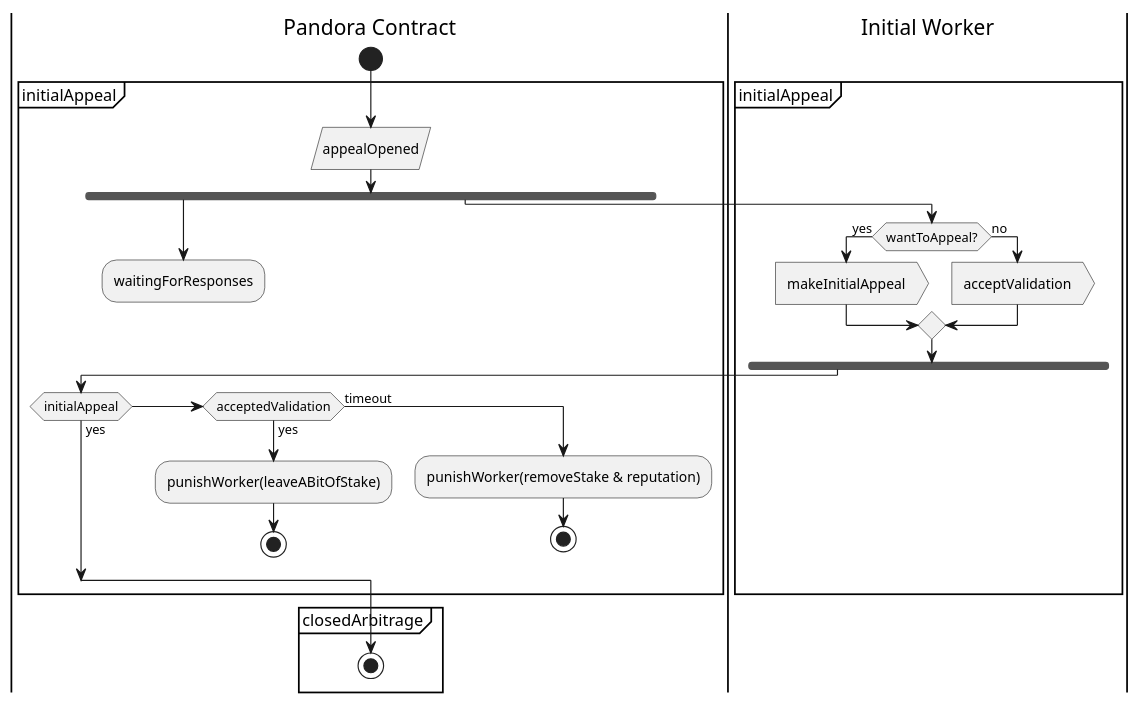
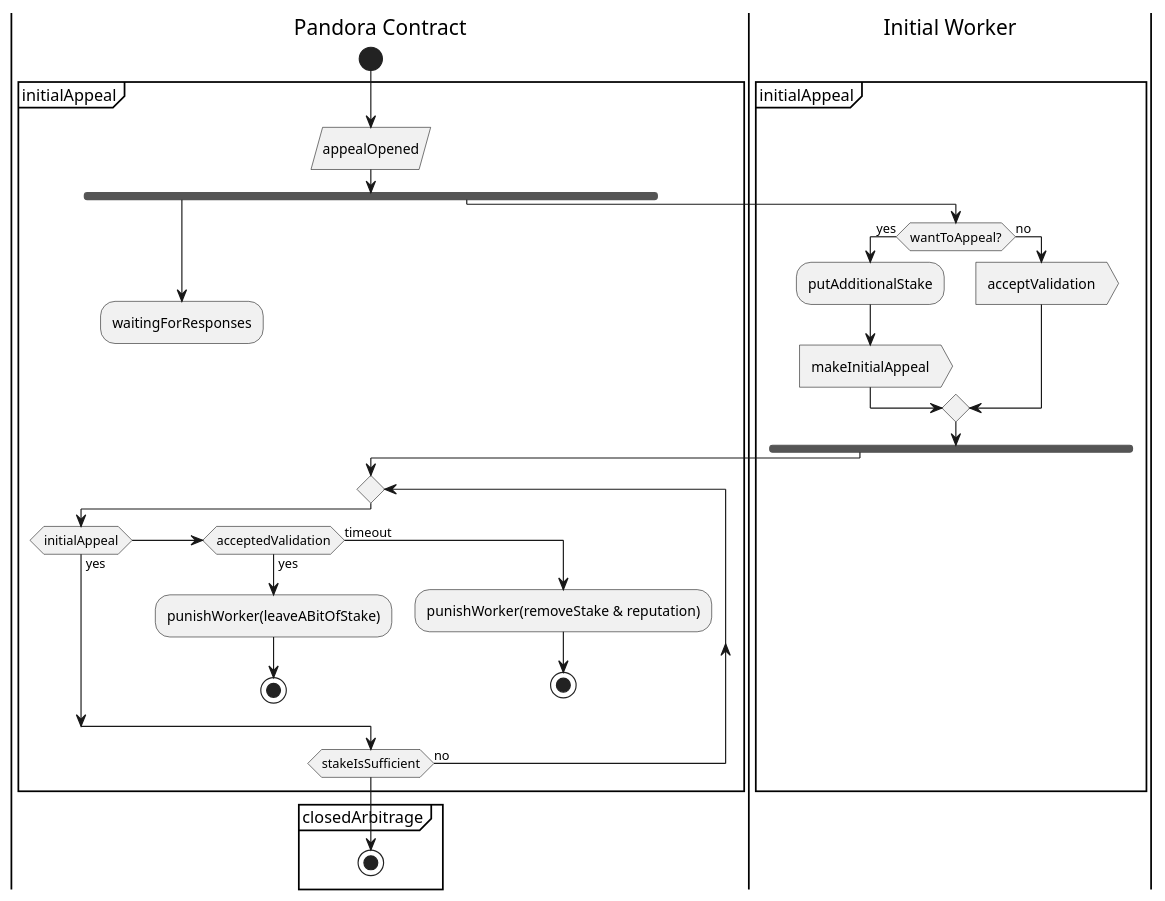
Before and after one commit to pandoraboxchain/pocw-techspecs: the diagram in activity_initial_appeal.plantuml, drawn with PlantUML.

```diff
--- a/activity_initial_appeal.plantuml
+++ b/activity_initial_appeal.plantuml
@@ -1,36 +1,39 @@
 @startuml
 |Pandora Contract|
 |Initial Worker|
 
 |Pandora Contract|
 start
 
 partition initialAppeal {
   :appealOpened/
   fork
     :waitingForResponses;
     detach
   fork again
     |Initial Worker|
     if (wantToAppeal?) then (yes)
+      :putAdditionalStake;
       :makeInitialAppeal>
     else (no)
       :acceptValidation>
     endif
   end fork
 
   |Pandora Contract|
-  if (initialAppeal) then (yes)
-  elseif (acceptedValidation) then (yes)
-    :punishWorker(leaveABitOfStake);
-    stop
-  else (timeout)
-    :punishWorker(removeStake & reputation);
-    stop
-  endif
+  repeat
+    if (initialAppeal) then (yes)
+    elseif (acceptedValidation) then (yes)
+      :punishWorker(leaveABitOfStake);
+      stop
+    else (timeout)
+      :punishWorker(removeStake & reputation);
+      stop
+    endif
+  repeat while (stakeIsSufficient) is (no)
 }
 
 partition closedArbitrage {
   stop
 }
 @enduml
```
